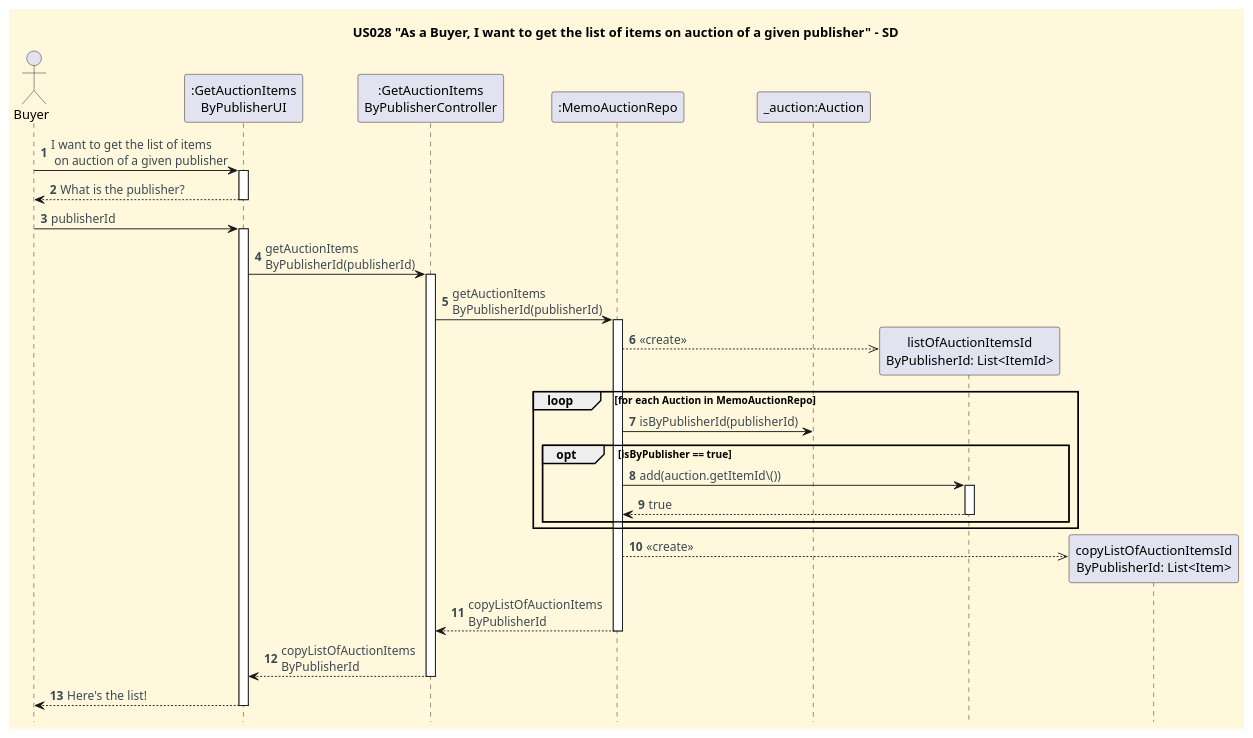
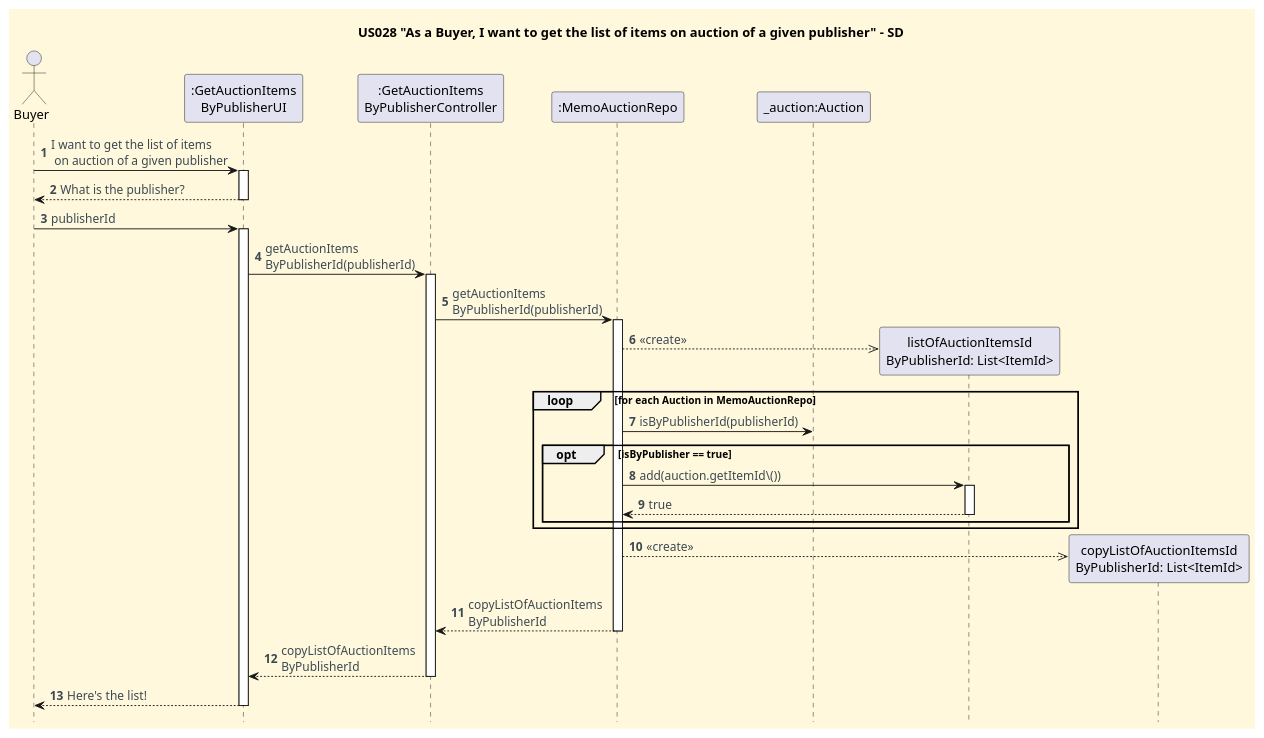
One commit to CarolinaLeite-collab/JavaMarketplacePlatform changed the diagram in docs/user-stories/US028/US028_get_list_of_items_on_auction_of_given_publisher_SD.puml. Above: the diagram before and after it, drawn with PlantUML.

Commit message:
docs: US028 - small fix on SD #504

```diff
--- a/docs/user-stories/US028/US028_get_list_of_items_on_auction_of_given_publisher_SD.puml
+++ b/docs/user-stories/US028/US028_get_list_of_items_on_auction_of_given_publisher_SD.puml
@@ -1,69 +1,69 @@
 @startuml
 'https://plantuml.com/sequence-diagram
 
 autonumber
 title US028 "As a Buyer, I want to get the list of items on auction of a given publisher" - SD
 
 hidefootbox
 
 '==== basic style ====
 skinparam monochrome false
 skinparam shadowing false
 skinparam defaultFontName Futura
 skinparam objectFontSize 20
 skinparam backgroundColor CornSilk
 skinparam objectBackgroundColor WhiteSmoke
 skinparam noteBackgroundColor #FFFFE0
 skinparam ArrowFontColor #3B4953
 skinparam ActivationBackgroundColor black
 
 autonumber
 autoactivate off
 
 ' --- Actor and participants ---'
 actor Buyer
 participant ":GetAuctionItems\nByPublisherUI" as UI
 participant ":GetAuctionItems\nByPublisherController" as Ctl
 participant ":MemoAuctionRepo" as MemoRepo
 participant "_auction:Auction" as auction
 
 ' --- Initial UI interaction ---'
 Buyer -> UI:  I want to get the list of items\n on auction of a given publisher
 activate UI
 UI --> Buyer: What is the publisher?
 deactivate UI
 Buyer -> UI: publisherId
 activate UI
 
 ' --- Get auction items ---'
 UI -> Ctl: getAuctionItems\nByPublisherId(publisherId)
 activate Ctl
 Ctl -> MemoRepo: getAuctionItems\nByPublisherId(publisherId)
 activate MemoRepo
 
 '--- Loop through items and select by Publisher ---'
 create "listOfAuctionItemsId\nByPublisherId: List<ItemId>" as List
 MemoRepo -->> List : <<create>>
 loop for each Auction in MemoAuctionRepo
      MemoRepo -> auction: isByPublisherId(publisherId)
     opt isByPublisher == true
         MemoRepo -> List: add(auction.getItemId\())
         activate List
         List --> MemoRepo :true
         Deactivate List
     end
 end
 
 '--- Make a copy of the list of selected items ---'
-create "copyListOfAuctionItemsId\nByPublisherId: List<Item>" as Copy
+create "copyListOfAuctionItemsId\nByPublisherId: List<ItemId>" as Copy
 MemoRepo -->> Copy : <<create>>
 MemoRepo --> Ctl : copyListOfAuctionItems\nByPublisherId
 deactivate MemoRepo
 Ctl --> UI: copyListOfAuctionItems\nByPublisherId
 deactivate Ctl
 
 '--- Response ---'
 UI --> Buyer: Here's the list!
 deactivate UI
 
 @enduml
```
